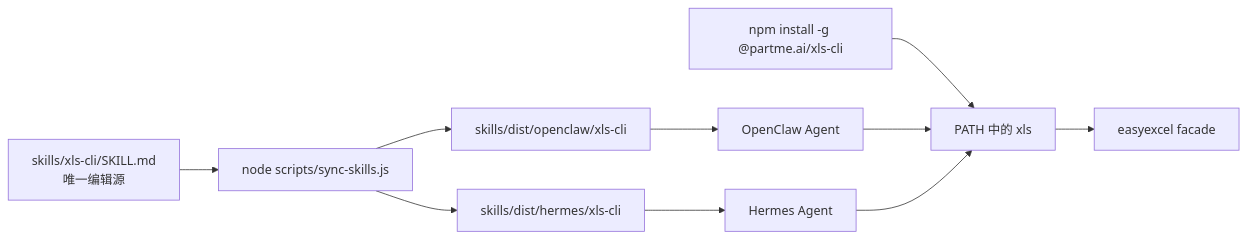
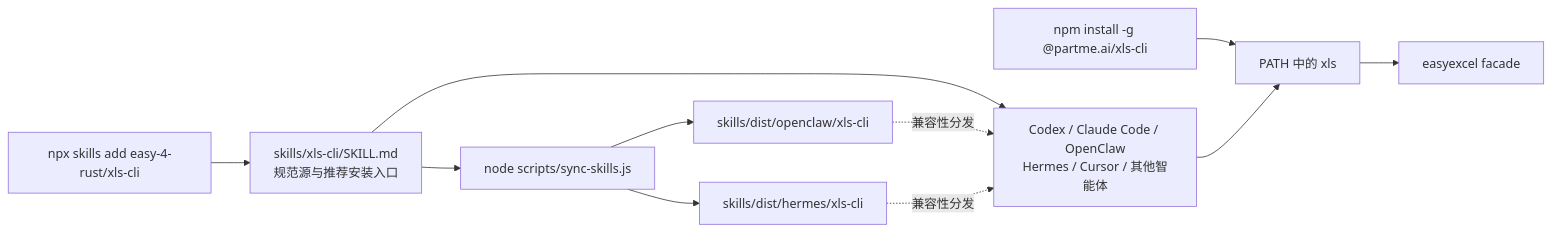
Before and after one commit to easy-4-rust/xls-cli: the second of 4 diagrams in docs/XlsCli-Architecture.zh_CN.md, drawn with Mermaid. The commit also changed other lines of this file and 2 other files, not shown here.

Commit message:
docs: simplify agent skill installation

````diff
--- a/docs/XlsCli-Architecture.zh_CN.md
+++ b/docs/XlsCli-Architecture.zh_CN.md
@@ -82,13 +82,14 @@
 ```mermaid
 flowchart LR
-    Source["skills/xls-cli/SKILL.md<br/>唯一编辑源"] --> Sync["node scripts/sync-skills.js"]
+    Installer["npx skills add easy-4-rust/xls-cli"] --> Source["skills/xls-cli/SKILL.md<br/>规范源与推荐安装入口"]
+    Source --> Agent["Codex / Claude Code / OpenClaw<br/>Hermes / Cursor / 其他智能体"]
+    Source --> Sync["node scripts/sync-skills.js"]
     Sync --> OpenClaw["skills/dist/openclaw/xls-cli"]
     Sync --> Hermes["skills/dist/hermes/xls-cli"]
 
     Npm["npm install -g @partme.ai/xls-cli"] --> Binary["PATH 中的 xls"]
-    OpenClaw --> AgentA["OpenClaw Agent"]
-    Hermes --> AgentB["Hermes Agent"]
-    AgentA --> Binary
-    AgentB --> Binary
+    OpenClaw -. "兼容性分发" .-> Agent
+    Hermes -. "兼容性分发" .-> Agent
+    Agent --> Binary
     Binary --> Facade["easyexcel facade"]
 ```
````
